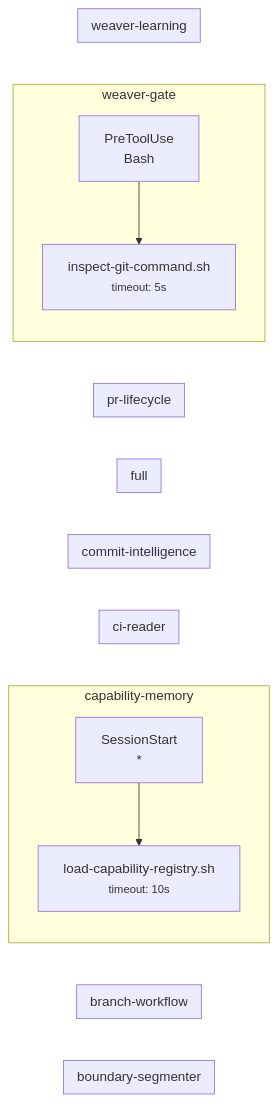
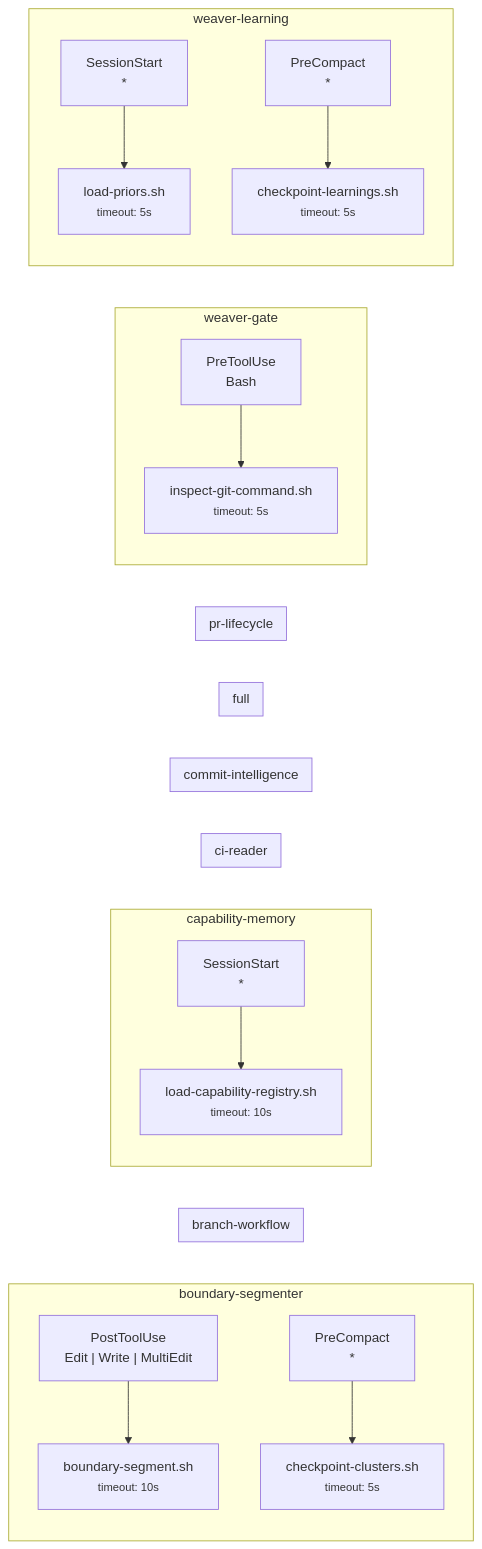
Before and after one commit to enchanted-plugins/weaver: the diagram in docs/architecture/hooks.mmd, drawn with Mermaid. The commit also changed 8 other files, not shown here.

First line of the commit message:
docs: regenerate architecture diagrams + SVGs with full hook topology

```diff
--- a/docs/architecture/hooks.mmd
+++ b/docs/architecture/hooks.mmd
@@ -1,25 +1,37 @@
 graph LR
     subgraph boundary_segmenter["boundary-segmenter"]
+        boundary_segmenter_h0_trigger["PostToolUse<br/>Edit | Write | MultiEdit"]
+        boundary_segmenter_h0_script["boundary-segment.sh<br/><small>timeout: 10s</small>"]
+        boundary_segmenter_h0_trigger --> boundary_segmenter_h0_script
+        boundary_segmenter_h1_trigger["PreCompact<br/>*"]
+        boundary_segmenter_h1_script["checkpoint-clusters.sh<br/><small>timeout: 5s</small>"]
+        boundary_segmenter_h1_trigger --> boundary_segmenter_h1_script
     end
     subgraph branch_workflow["branch-workflow"]
     end
     subgraph capability_memory["capability-memory"]
         capability_memory_h0_trigger["SessionStart<br/>*"]
         capability_memory_h0_script["load-capability-registry.sh<br/><small>timeout: 10s</small>"]
         capability_memory_h0_trigger --> capability_memory_h0_script
     end
     subgraph ci_reader["ci-reader"]
     end
     subgraph commit_intelligence["commit-intelligence"]
     end
     subgraph full["full"]
     end
     subgraph pr_lifecycle["pr-lifecycle"]
     end
     subgraph weaver_gate["weaver-gate"]
         weaver_gate_h0_trigger["PreToolUse<br/>Bash"]
         weaver_gate_h0_script["inspect-git-command.sh<br/><small>timeout: 5s</small>"]
         weaver_gate_h0_trigger --> weaver_gate_h0_script
     end
     subgraph weaver_learning["weaver-learning"]
+        weaver_learning_h0_trigger["SessionStart<br/>*"]
+        weaver_learning_h0_script["load-priors.sh<br/><small>timeout: 5s</small>"]
+        weaver_learning_h0_trigger --> weaver_learning_h0_script
+        weaver_learning_h1_trigger["PreCompact<br/>*"]
+        weaver_learning_h1_script["checkpoint-learnings.sh<br/><small>timeout: 5s</small>"]
+        weaver_learning_h1_trigger --> weaver_learning_h1_script
     end
```
